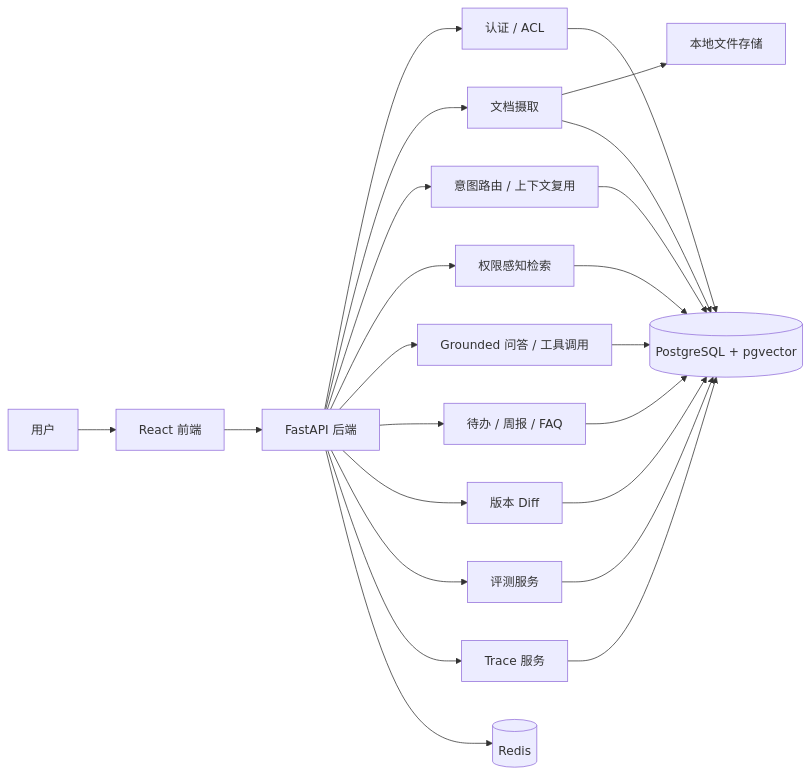
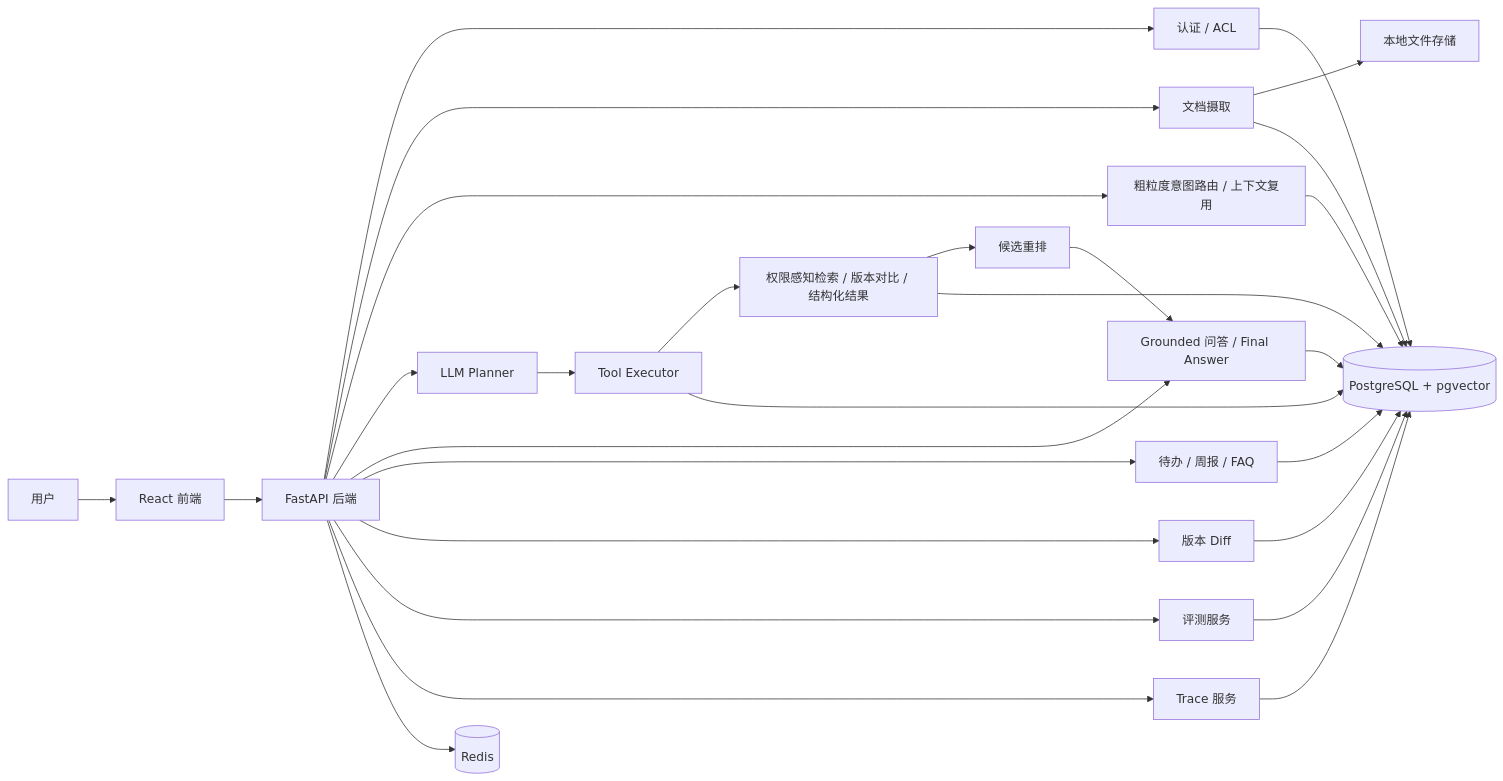
Before and after one commit to lgloq/doc_helper: the diagram in README.md, drawn with Mermaid. The commit also changed other lines of this file and 27 other files, not shown here.

Commit message:
18.5 workflow planner rerank and docs cleanup

````diff
--- a/README.md
+++ b/README.md
@@ -64,25 +68,30 @@
 ```mermaid
 flowchart LR
     U["用户"] --> FE["React 前端"]
     FE --> API["FastAPI 后端"]
     API --> AUTH["认证 / ACL"]
     API --> INGEST["文档摄取"]
-    API --> ROUTER["意图路由 / 上下文复用"]
-    API --> RET["权限感知检索"]
-    API --> CHAT["Grounded 问答 / 工具调用"]
+    API --> ROUTER["粗粒度意图路由 / 上下文复用"]
+    API --> PLANNER["LLM Planner"]
+    PLANNER --> EXEC["Tool Executor"]
+    EXEC --> RET["权限感知检索 / 版本对比 / 结构化结果"]
+    RET --> RERANK["候选重排"]
+    RERANK --> CHAT["Grounded 问答 / Final Answer"]
+    API --> CHAT["Grounded 问答 / Final Answer"]
     API --> TASKS["待办 / 周报 / FAQ"]
     API --> DIFF["版本 Diff"]
     API --> EVAL["评测服务"]
     API --> OBS["Trace 服务"]
     AUTH --> PG[("PostgreSQL + pgvector")]
     INGEST --> FILES["本地文件存储"]
     INGEST --> PG
     ROUTER --> PG
     RET --> PG
+    EXEC --> PG
     CHAT --> PG
     TASKS --> PG
     DIFF --> PG
     EVAL --> PG
     OBS --> PG
     API --> REDIS[("Redis")]
 ```
````
